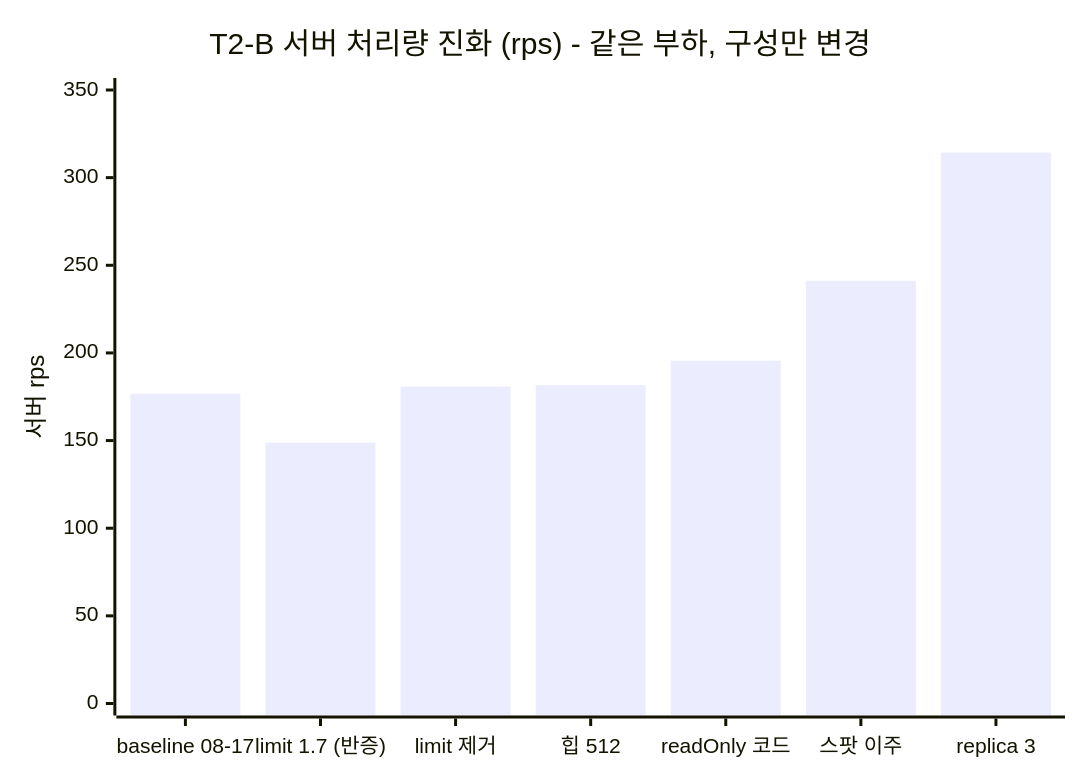
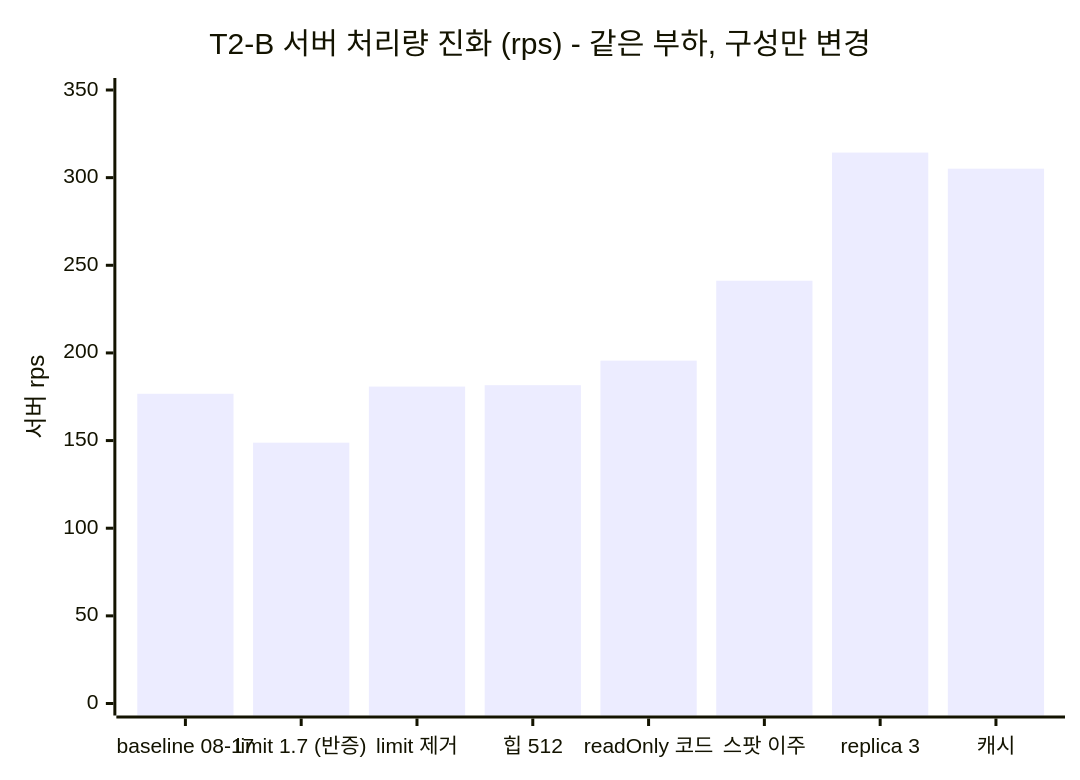
The first of 4 diagrams in autoscaling/loadtest/results/04-콘텐츠폭주/README.md (Minchae0322/yogurtte-rca-agent), drawn with Mermaid before and after one commit. The commit also changed other lines of this file, not shown here.

````diff
--- a/autoscaling/loadtest/results/04-콘텐츠폭주/README.md
+++ b/autoscaling/loadtest/results/04-콘텐츠폭주/README.md
@@ -10,7 +10,7 @@
 ```mermaid
 xychart-beta
     title "T2-B 서버 처리량 진화 (rps) - 같은 부하, 구성만 변경"
-    x-axis ["baseline 08-17", "limit 1.7 (반증)", "limit 제거", "힙 512", "readOnly 코드", "스팟 이주", "replica 3"]
+    x-axis ["baseline 08-17", "limit 1.7 (반증)", "limit 제거", "힙 512", "readOnly 코드", "스팟 이주", "replica 3", "캐시"]
     y-axis "서버 rps" 0 --> 350
-    bar [176.7, 148.8, 180.8, 181.6, 195.6, 241.2, 314.3]
+    bar [176.7, 148.8, 180.8, 181.6, 195.6, 241.2, 314.3, 305.1]
 ```
````
